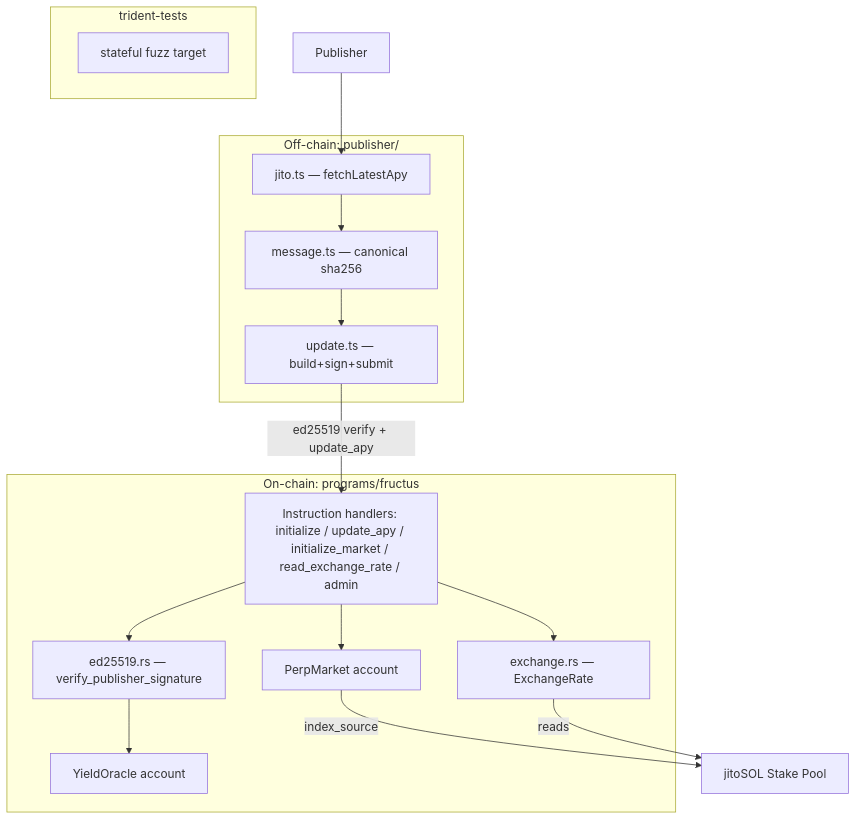
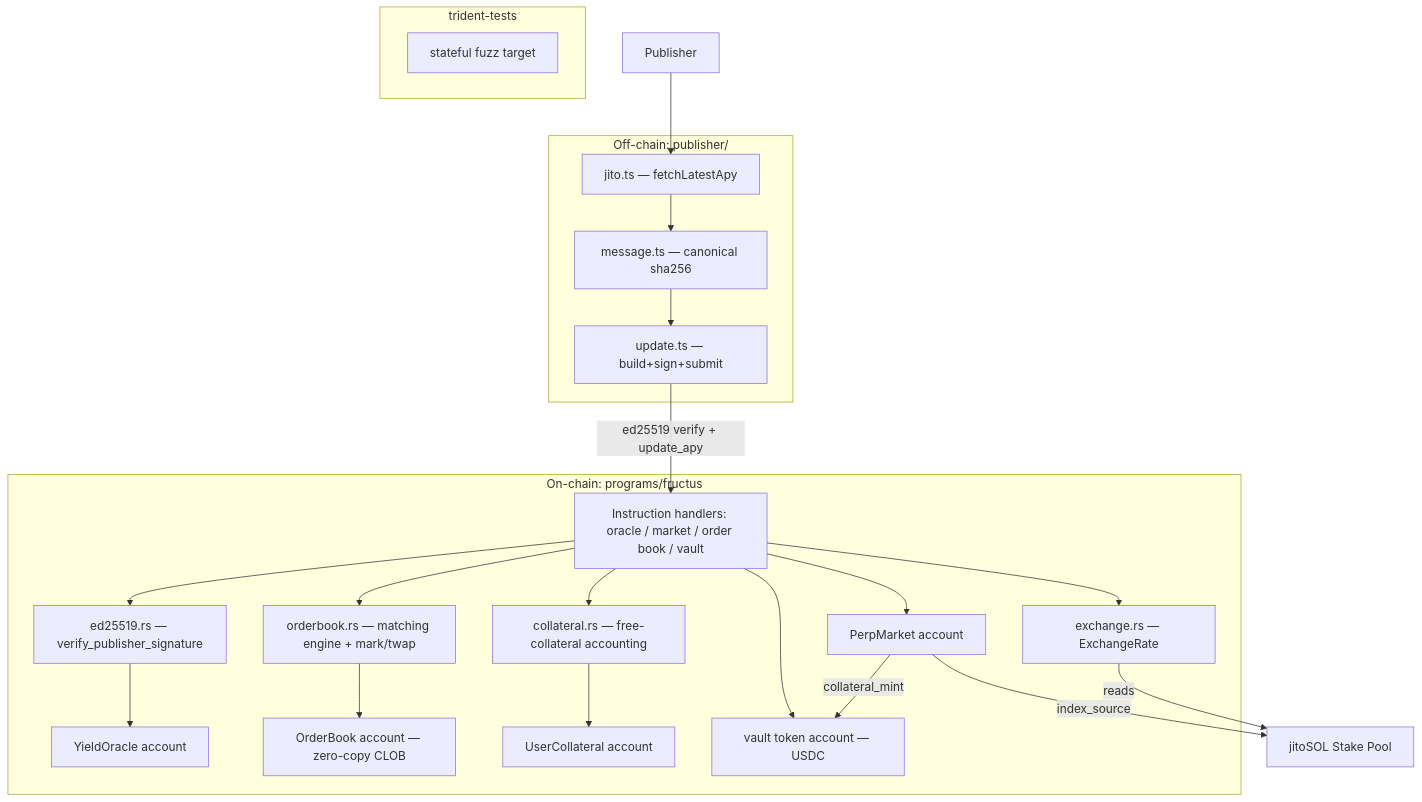
Before and after one commit to LaiTszKin/fructus: the second of 2 diagrams in docs/architecture.md, drawn with Mermaid. The commit also changed other lines of this file and 11 other files, not shown here.

Commit message:
docs: document on-chain order book and collateral vault

````diff
--- a/docs/architecture.md
+++ b/docs/architecture.md
@@ -21,24 +22,33 @@
 ```mermaid
 graph TD
     subgraph OnChain[On-chain: programs/fructus]
         ORC[YieldOracle account]
         MKT[PerpMarket account]
+        OB[OrderBook account — zero-copy CLOB]
+        UC[UserCollateral account]
+        VLT[vault token account — USDC]
         EXC[exchange.rs — ExchangeRate]
         ED[ed25519.rs — verify_publisher_signature]
-        IX[Instruction handlers: initialize / update_apy / initialize_market / read_exchange_rate / admin]
+        ENG[orderbook.rs — matching engine + mark/twap]
+        COL[collateral.rs — free-collateral accounting]
+        IX[Instruction handlers: oracle / market / order book / vault]
     end
     subgraph OffChain[Off-chain: publisher/]
         FETCH[jito.ts — fetchLatestApy]
         MSG[message.ts — canonical sha256]
         SUB[update.ts — build+sign+submit]
     end
     subgraph Fuzz[trident-tests]
         FUZZ[stateful fuzz target]
     end
     P[Publisher] --> FETCH --> MSG --> SUB -->|ed25519 verify + update_apy| IX
     IX --> ED --> ORC
     IX --> EXC
     IX --> MKT
+    IX --> ENG --> OB
+    IX --> COL --> UC
+    IX --> VLT
     MKT -->|index_source| SP
+    MKT -->|collateral_mint| VLT
     EXC -->|reads| SP[jitoSOL Stake Pool]
 ```
````
